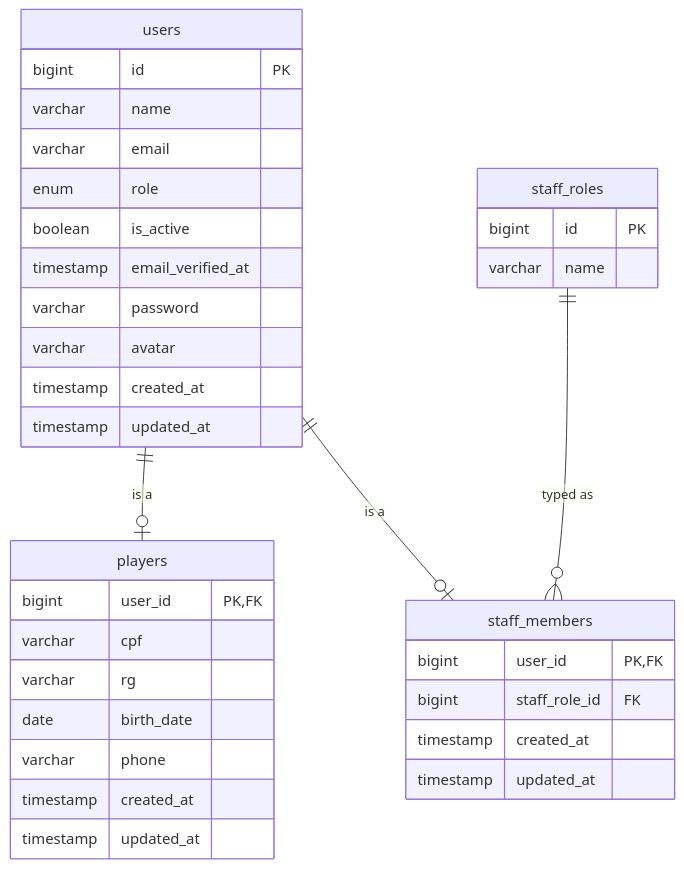
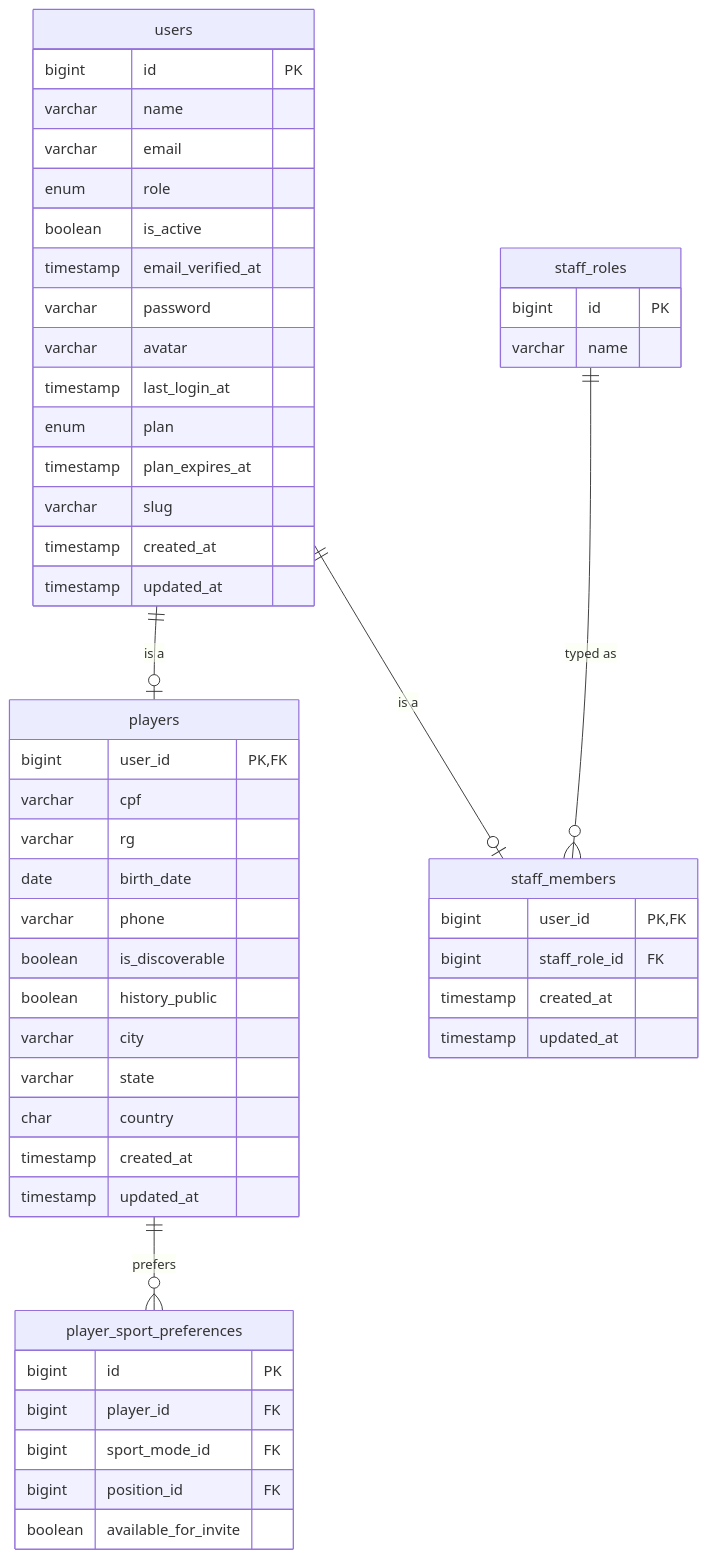
The first of 7 diagrams in docs/database/schema.md (marcospfms/myclub-core), drawn with Mermaid before and after one commit. The commit also changed other lines of this file and 7 other files, not shown here.

````diff
--- a/docs/database/schema.md
+++ b/docs/database/schema.md
@@ -137,38 +140,55 @@
 ```mermaid
 erDiagram
     users {
         bigint id PK
         varchar name
         varchar email
         enum role
         boolean is_active
         timestamp email_verified_at
         varchar password
         varchar avatar
+        timestamp last_login_at
+        enum plan
+        timestamp plan_expires_at
+        varchar slug
         timestamp created_at
         timestamp updated_at
     }
     players {
         bigint user_id PK,FK
         varchar cpf
         varchar rg
         date birth_date
         varchar phone
+        boolean is_discoverable
+        boolean history_public
+        varchar city
+        varchar state
+        char country
         timestamp created_at
         timestamp updated_at
     }
     staff_roles {
         bigint id PK
         varchar name
     }
     staff_members {
         bigint user_id PK,FK
         bigint staff_role_id FK
         timestamp created_at
         timestamp updated_at
     }
+    player_sport_preferences {
+        bigint id PK
+        bigint player_id FK
+        bigint sport_mode_id FK
+        bigint position_id FK
+        boolean available_for_invite
+    }
 
     users ||--o| players : "is a"
     users ||--o| staff_members : "is a"
     staff_roles ||--o{ staff_members : "typed as"
+    players ||--o{ player_sport_preferences : "prefers"
 ```
````
